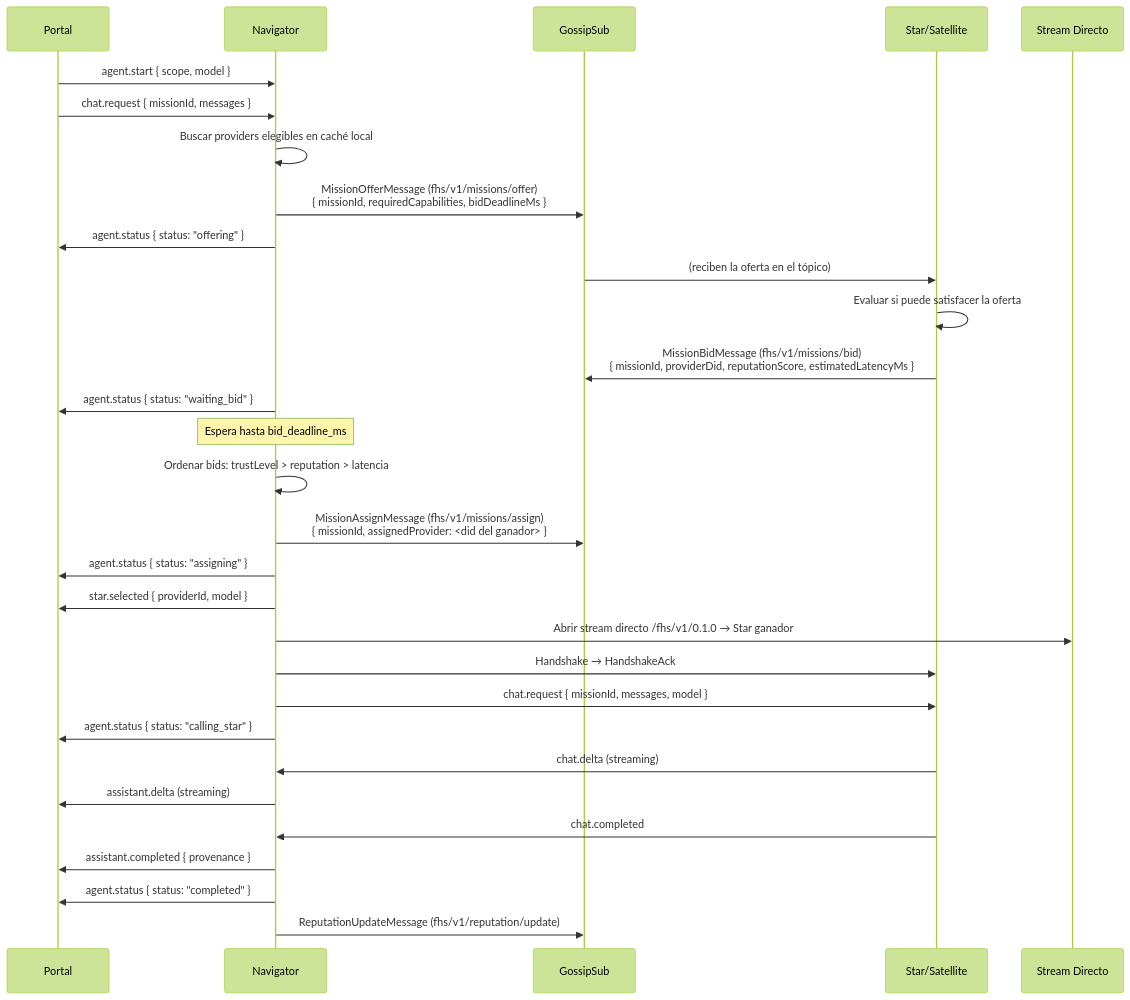
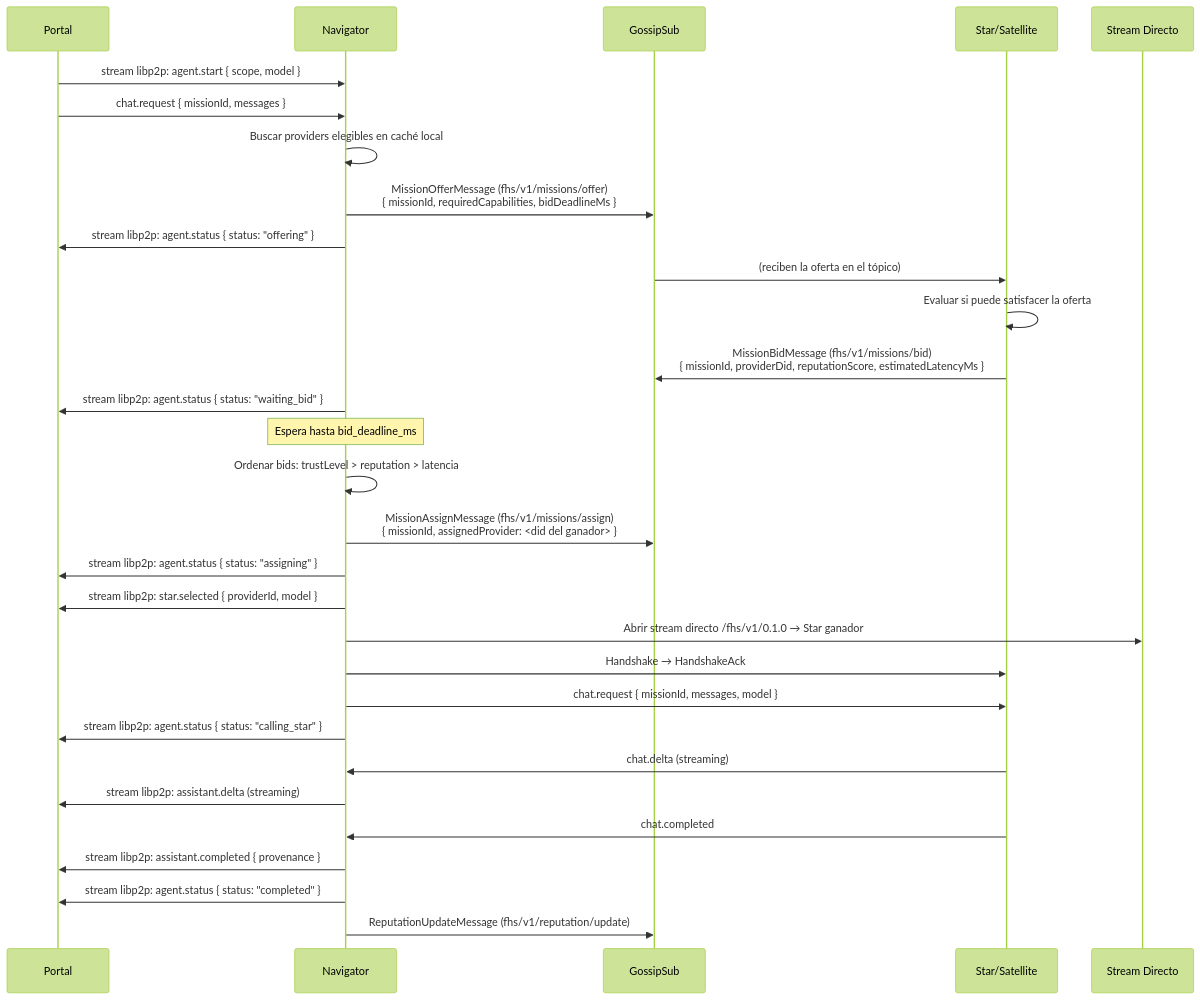
One commit to rafex/galaxIA changed the second of 4 diagrams in docs/p2p.md. Above: the diagram before and after it, drawn with Mermaid (forest theme). The commit also changed other lines of this file and 32 other files, not shown here.

````diff
--- a/docs/p2p.md
+++ b/docs/p2p.md
@@ -126,43 +126,43 @@
 ```mermaid
 sequenceDiagram
     participant P as Portal
     participant NAV as Navigator
     participant G as GossipSub
     participant S as Star/Satellite
     participant STREAM as Stream Directo
 
-    P->>NAV: agent.start { scope, model }
+    P->>NAV: stream libp2p: agent.start { scope, model }
     P->>NAV: chat.request { missionId, messages }
 
     NAV->>NAV: Buscar providers elegibles en caché local
     NAV->>G: MissionOfferMessage (fhs/v1/missions/offer)<br/>{ missionId, requiredCapabilities, bidDeadlineMs }
 
-    NAV->>P: agent.status { status: "offering" }
+    NAV->>P: stream libp2p: agent.status { status: "offering" }
 
     G->>S: (reciben la oferta en el tópico)
     S->>S: Evaluar si puede satisfacer la oferta
     S->>G: MissionBidMessage (fhs/v1/missions/bid)<br/>{ missionId, providerDid, reputationScore, estimatedLatencyMs }
 
-    NAV->>P: agent.status { status: "waiting_bid" }
+    NAV->>P: stream libp2p: agent.status { status: "waiting_bid" }
 
     Note over NAV: Espera hasta bid_deadline_ms
     NAV->>NAV: Ordenar bids: trustLevel > reputation > latencia
 
     NAV->>G: MissionAssignMessage (fhs/v1/missions/assign)<br/>{ missionId, assignedProvider: <did del ganador> }
-    NAV->>P: agent.status { status: "assigning" }
-    NAV->>P: star.selected { providerId, model }
+    NAV->>P: stream libp2p: agent.status { status: "assigning" }
+    NAV->>P: stream libp2p: star.selected { providerId, model }
 
     NAV->>STREAM: Abrir stream directo /fhs/v1/0.1.0 → Star ganador
     NAV->>S: Handshake → HandshakeAck
     NAV->>S: chat.request { missionId, messages, model }
-    NAV->>P: agent.status { status: "calling_star" }
+    NAV->>P: stream libp2p: agent.status { status: "calling_star" }
 
     S->>NAV: chat.delta (streaming)
-    NAV->>P: assistant.delta (streaming)
+    NAV->>P: stream libp2p: assistant.delta (streaming)
 
     S->>NAV: chat.completed
-    NAV->>P: assistant.completed { provenance }
-    NAV->>P: agent.status { status: "completed" }
+    NAV->>P: stream libp2p: assistant.completed { provenance }
+    NAV->>P: stream libp2p: agent.status { status: "completed" }
 
     NAV->>G: ReputationUpdateMessage (fhs/v1/reputation/update)
 ```
````
